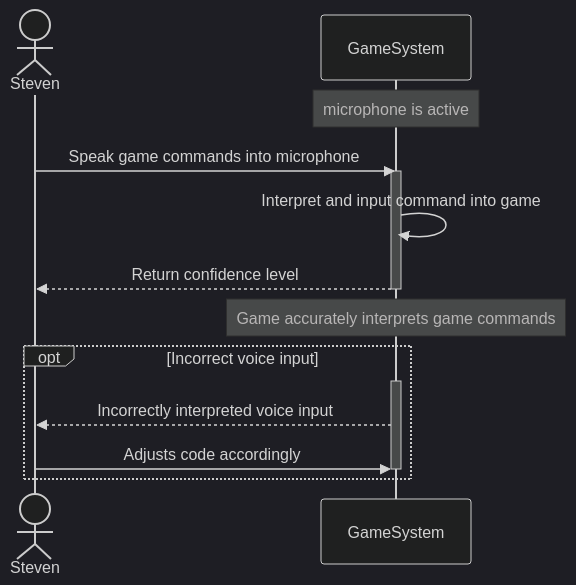
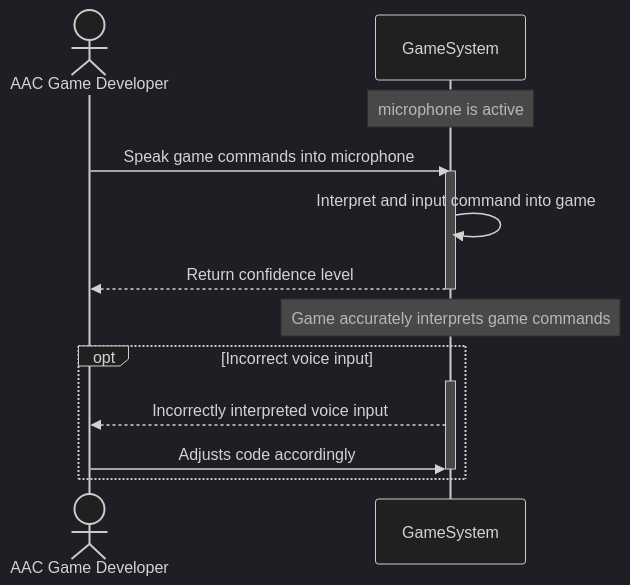
The eighth of 8 diagrams in documentation/docs/system-architecture/sequence-diagrams.md (Capstone-Projects-2025-Fall/project-001-aac-api), drawn with Mermaid (dark theme) before and after one commit. The commit also changed other lines of this file, not shown here.

Commit message:
Updating Sequence Diagrams

````diff
--- a/documentation/docs/system-architecture/sequence-diagrams.md
+++ b/documentation/docs/system-architecture/sequence-diagrams.md
@@ -383,23 +353,23 @@
 ```mermaid
 sequenceDiagram
-    actor Steven
+    actor AAC Game Developer
     participant GameSystem
     
     Note over GameSystem: microphone is active
     
-    Steven ->> GameSystem: Speak game commands into microphone
+    AAC Game Developer ->> GameSystem: Speak game commands into microphone
     activate GameSystem
     GameSystem ->> GameSystem: Interpret and input command into game
-    GameSystem -->> Steven: Return confidence level
+    GameSystem -->> AAC Game Developer: Return confidence level
     deactivate GameSystem
     
     Note over GameSystem: Game accurately interprets game commands
     
     opt Incorrect voice input
         activate GameSystem
-        GameSystem -->> Steven: Incorrectly interpreted voice input
-        Steven ->> GameSystem: Adjusts code accordingly
+        GameSystem -->> AAC Game Developer: Incorrectly interpreted voice input
+        AAC Game Developer ->> GameSystem: Adjusts code accordingly
         deactivate GameSystem
     end
 
 ```
````
